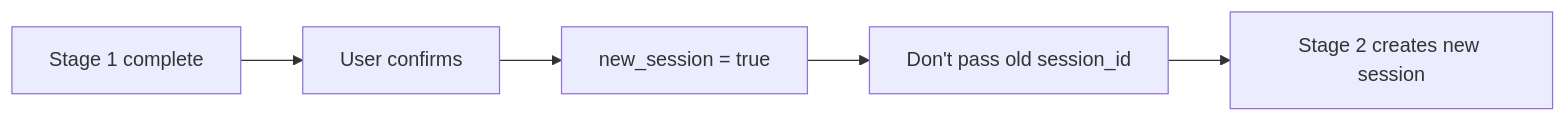
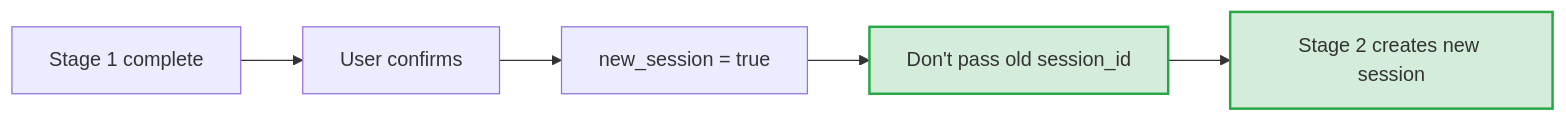
Before and after one commit to sunnights/Wegent: the seventh of 8 diagrams in docs/en/features/task-restore.md, drawn with Mermaid. The commit also changed other lines of this file and 1 other file, not shown here.

First line of the commit message:
docs: highlight new features in Mermaid diagrams with green styling

````diff
--- a/docs/en/features/task-restore.md
+++ b/docs/en/features/task-restore.md
@@ -164,7 +190,9 @@
 ```mermaid
 flowchart LR
     A[Stage 1 complete] --> B[User confirms]
     B --> C[new_session = true]
-    C --> D[Don't pass old session_id]
-    D --> E[Stage 2 creates new session]
+    C --> D[Don't pass old session_id]:::new
+    D --> E[Stage 2 creates new session]:::new
+
+    classDef new fill:#d4edda,stroke:#28a745,stroke-width:2px
 ```
````
